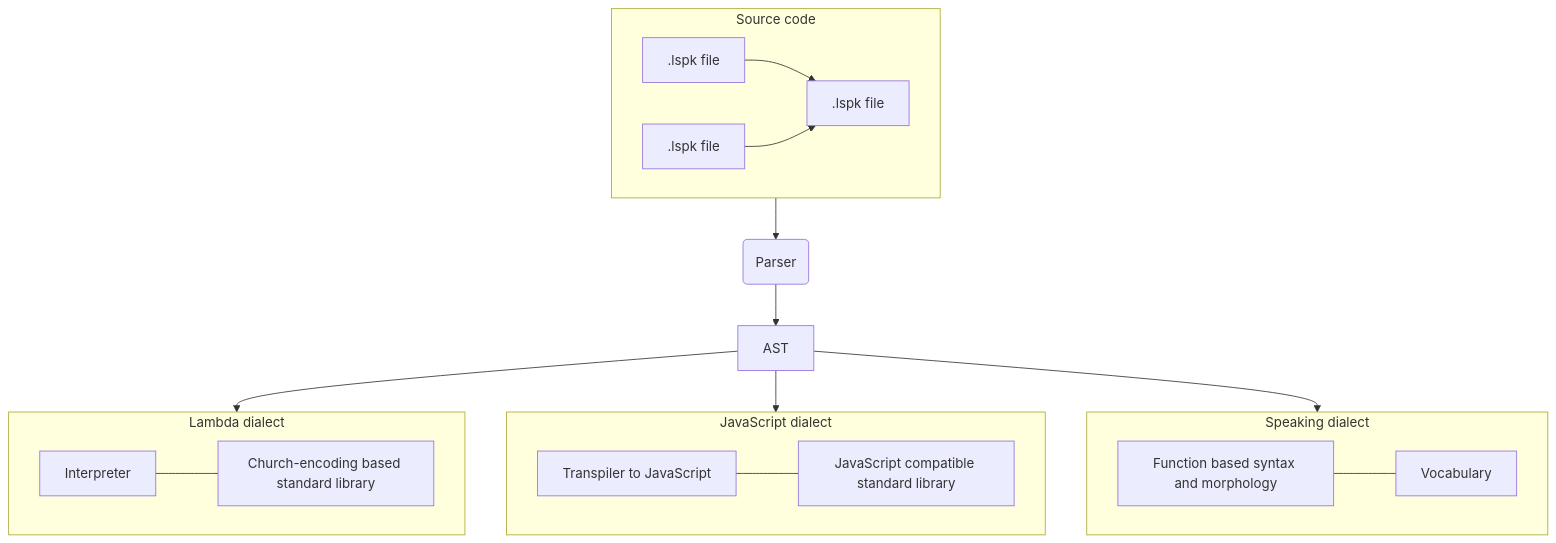
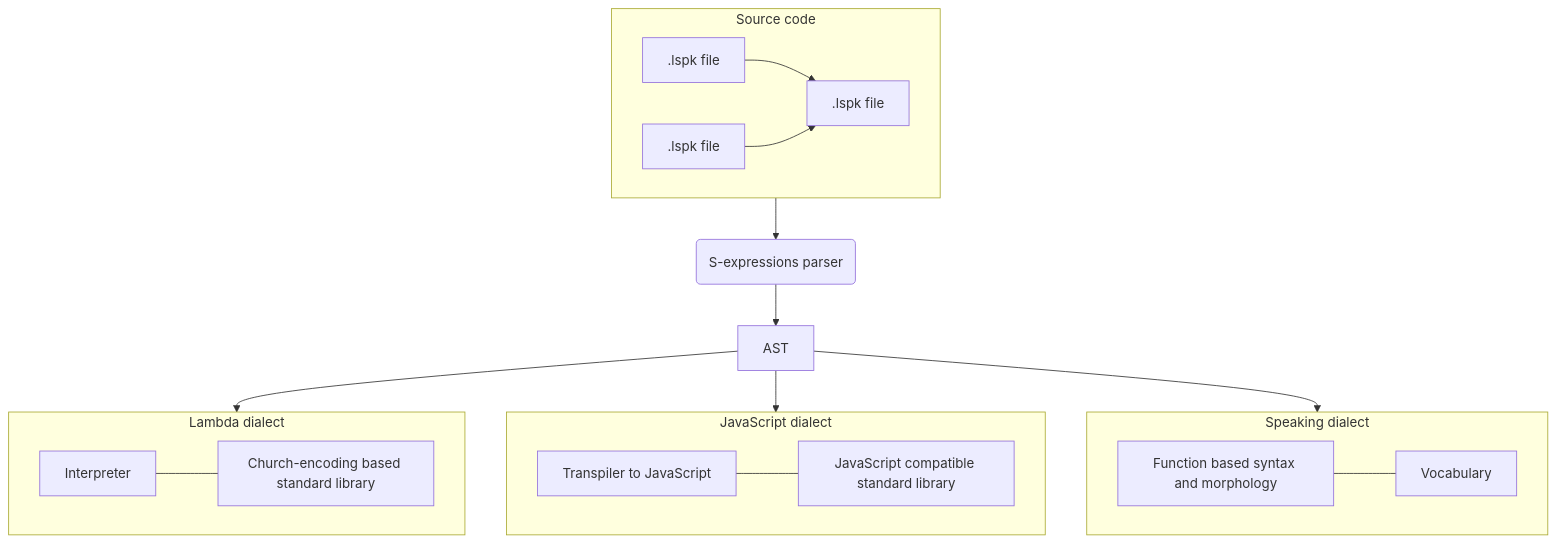
Before and after one commit to lispeak/docs: the diagram in README.md, drawn with Mermaid.

````diff
--- a/README.md
+++ b/README.md
@@ -14,31 +14,31 @@
 ```mermaid
 flowchart TD
  subgraph Source["Source code"]
         File1[".lspk file"]
         File2[".lspk file"]
         File3[".lspk file"]
         File1 --> File3
         File2 --> File3
   end
  subgraph HighDialect["Lambda dialect"]
         Interpreter["Interpreter"]
         HighLib["Church-encoding based standard library"]
         Interpreter --- HighLib
   end
  subgraph LowDialect["JavaScript dialect"]
         Transpiler["Transpiler to JavaScript"]
         LowLib["JavaScript compatible standard library"]
         Transpiler --- LowLib
   end
  subgraph SpeakDialect["Speaking dialect"]
         Grammar["Function based syntax and morphology"]
         VocabularLib["Vocabulary"]
         Grammar --- VocabularLib
   end
     AST["AST"]
-    Parser("Parser")
+    Parser("S-expressions parser")
 
     Source --> Parser
     Parser --> AST
     AST --> HighDialect & LowDialect & SpeakDialect
 ```
````
